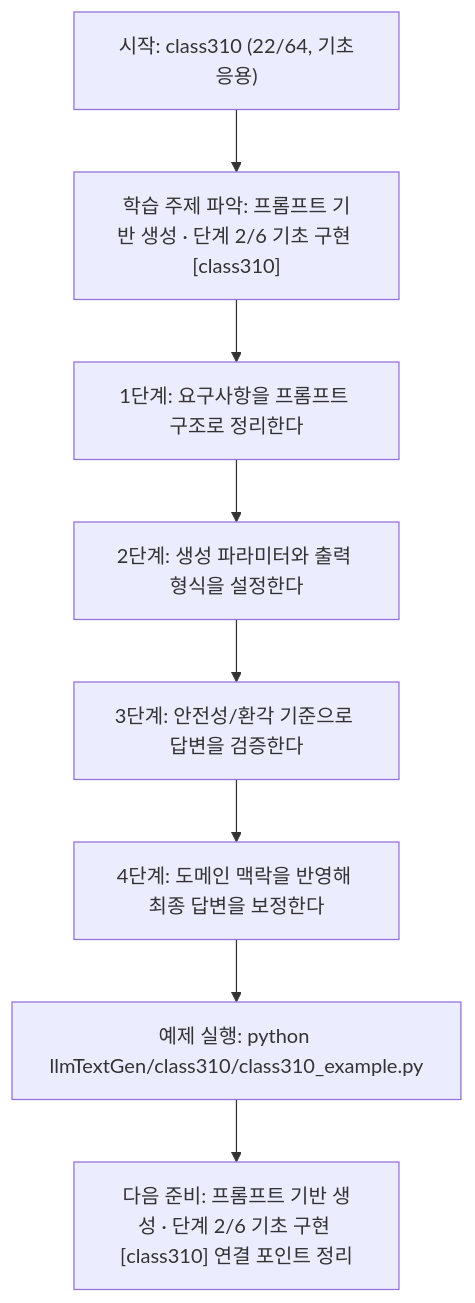
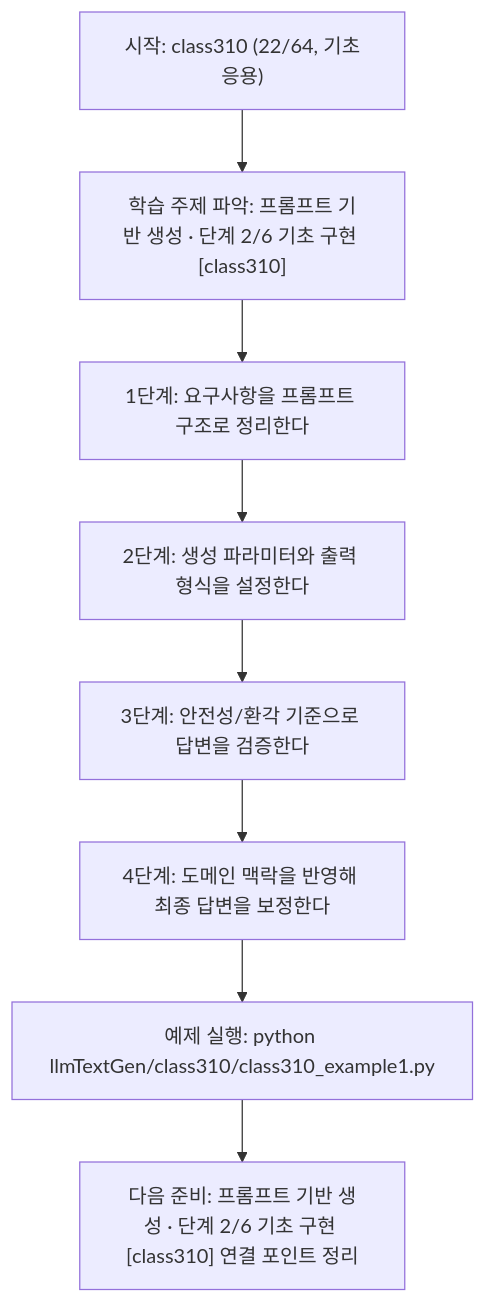
One commit to edumgt/Python-AI_Agent-Class changed the diagram in llmTextGen/class310/class310.md. Above: the diagram before and after it, drawn with Mermaid. The commit also changed other lines of this file and 2959 other files, not shown here.

````diff
--- a/llmTextGen/class310/class310.md
+++ b/llmTextGen/class310/class310.md
@@ -114,18 +114,18 @@
 ```mermaid
 flowchart TD
 N1["시작: class310 (22/64, 기초응용)"]
 N2["학습 주제 파악: 프롬프트 기반 생성 · 단계 2/6 기초 구현 [class310]"]
 N3["1단계: 요구사항을 프롬프트 구조로 정리한다"]
 N4["2단계: 생성 파라미터와 출력 형식을 설정한다"]
 N5["3단계: 안전성/환각 기준으로 답변을 검증한다"]
 N6["4단계: 도메인 맥락을 반영해 최종 답변을 보정한다"]
-N7["예제 실행: python llmTextGen/class310/class310_example.py"]
+N7["예제 실행: python llmTextGen/class310/class310_example1.py"]
 N8["다음 준비: 프롬프트 기반 생성 · 단계 2/6 기초 구현 [class310] 연결 포인트 정리"]
 N1 --> N2
 N2 --> N3
 N3 --> N4
 N4 --> N5
 N5 --> N6
 N6 --> N7
 N7 --> N8
 ```
````
